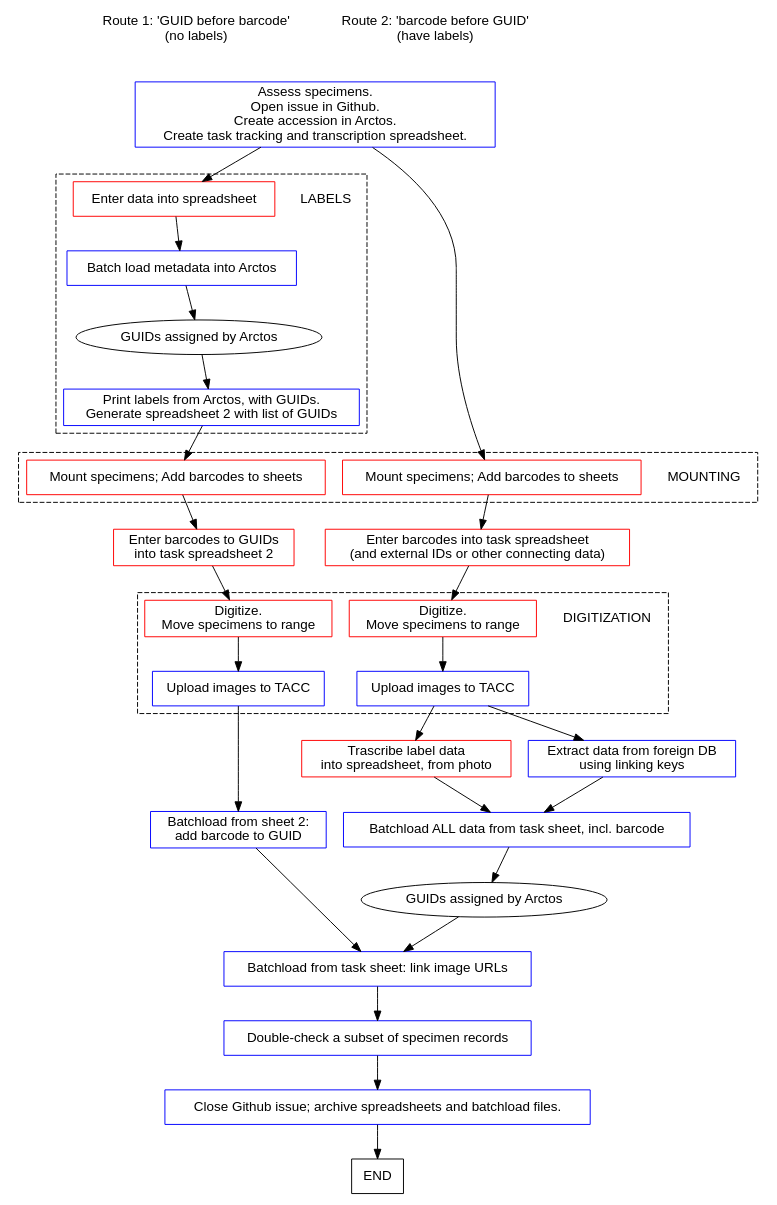
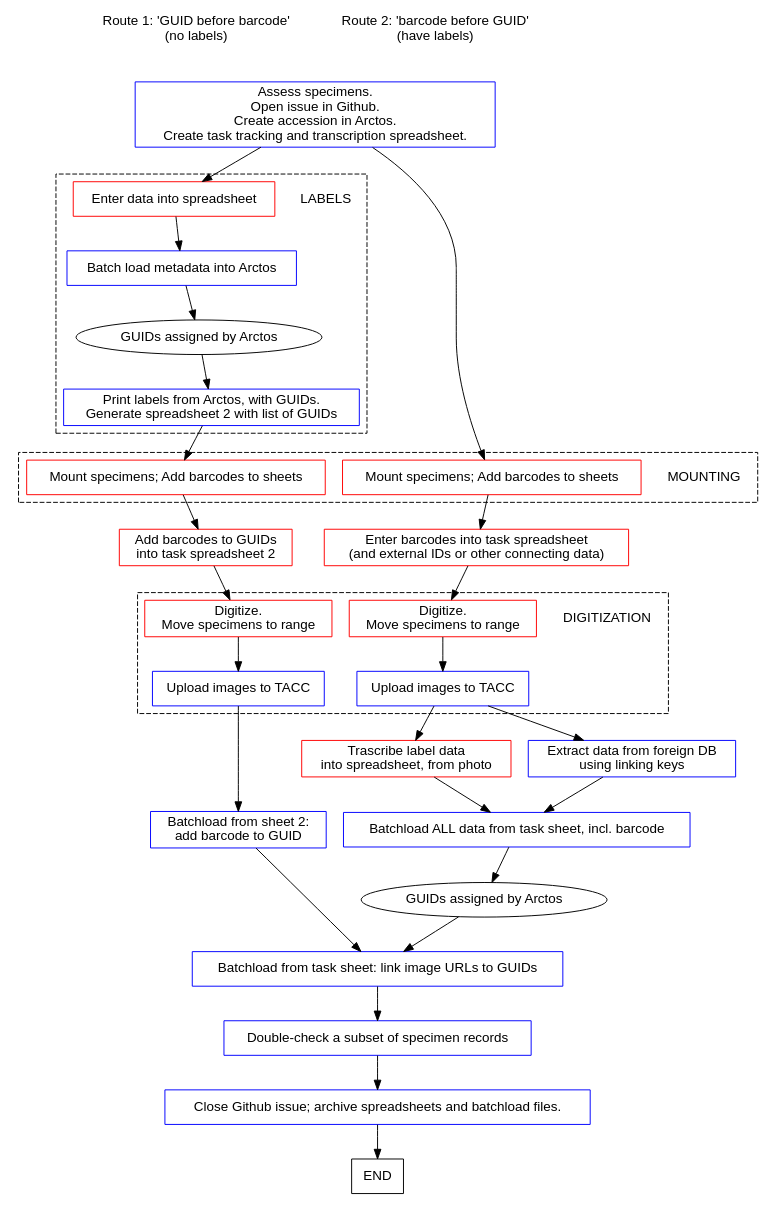
Before and after one commit to ALA-herbarium/documentation: the diagram in img/flow.dot, drawn with Graphviz. The commit also changed 1 other file, not shown here.

Commit message:
changes to flow sheet

```diff
--- a/img/flow.dot
+++ b/img/flow.dot
@@ -1,190 +1,190 @@
 digraph flow {
     node [fontname="Helvetica",shape=box];
     edge [fontname="Courier", len=1.5];
     overlap=false;
     //rankdir=BT;
     newrank=true;
     ranksep=0.5
     //
     // NODES
     //
     subgraph labels {
         rank=same
         r1 [label="Route 1: 'GUID before barcode'\n(no labels)",
             shape=plaintext]
         r2 [label="Route 2: 'barcode before GUID'\n(have labels)",
             shape=plaintext]
     }
     //
     subgraph clusterLABEL {
         style=dashed
         subgraph {
             rank=same
             LABELS [shape=plaintext]
             entry [label="Enter data into spreadsheet",
                    color=red]
         }
         entry2 [label="Batch load metadata into Arctos",
                 color=blue]
         guid1 [label="GUIDs assigned by Arctos",shape=oval]
         print [label="Print labels from Arctos, with GUIDs.\nGenerate spreadsheet 2 with list of GUIDs",
                color=blue]
     }
     guid2 [label="GUIDs assigned by Arctos",shape=oval]
     accn [label="Assess specimens.\nOpen issue in Github.\nCreate accession in Arctos.\nCreate task tracking and transcription spreadsheet.",color=blue]
     //
     //
     subgraph tl {
         rank=same
         trans [label="Trascribe label data\ninto spreadsheet, from photo",
                color=red] 
         link  [label="Extract data from foreign DB\nusing linking keys",
                color=blue]
         }
     //
     subgraph clusterbc {
         style=dashed
         rank=same
         bc1 [label="Mount specimens; Add barcodes to sheets",
              color=red]
         bc2 [label="Mount specimens; Add barcodes to sheets",
              color=red]
         bc2 -> MOUNTING [style=invis] // to force position
         MOUNTING [shape=plaintext]
 
     }
     subgraph table {
         rank=same
-        table1 [label="Enter barcodes to GUIDs\ninto task spreadsheet 2",
+        table1 [label="Add barcodes to GUIDs\ninto task spreadsheet 2",
                 color=red]
         table2 [label="Enter barcodes into task spreadsheet\n(and external IDs or other connecting data)",
                 color=red]
     }
     subgraph clusterdigit {        
         style=dashed
         subgraph photo {
             rank=same
             DIGITIZATION [shape=plaintext]
             photo1 [label="Digitize.\nMove specimens to range",color=red]
             photo2 [label="Digitize.\nMove specimens to range",color=red]
         }
         subgraph upload {
             rank=same
             upload1 [label="Upload images to TACC",color=blue]
             upload2 [label="Upload images to TACC",color=blue]
         }
     }
     subgraph batch {
         rank=same
         batch1 [label="Batchload from sheet 2:\nadd barcode to GUID",color=blue]
         batch2 [label="Batchload ALL data from task sheet, incl. barcode",
                 color=blue]
     }
-    linkp [label="Batchload from task sheet: link image URLs",
+    linkp [label="Batchload from task sheet: link image URLs to GUIDs",
            color=blue]
     dc [label="Double-check a subset of specimen records",color=blue]
     issue2 [label="Close Github issue; archive spreadsheets and batchload files.",color=blue]
     //
     // EDGES 1
     r1 -> accn [style=invis]
     accn -> entry
     entry -> entry2
     entry2 -> guid1
     guid1 -> print
     print -> bc1
     bc1 -> table1
     table1 -> photo1
     photo1 -> upload1
     upload1 -> batch1
     batch1 -> linkp
     //
     // EDGES 2
     r2 -> accn [style=invis]
     accn -> bc2
     bc2 -> table2
     table2 -> photo2
     photo2 -> upload2
     upload2 -> trans
     trans -> batch2
     upload2 -> link
     link -> batch2
     batch2 -> guid2
     guid2 -> linkp
     //
     // EDGES joint
     linkp -> dc -> issue2 -> END
 }
 //     //
 //     icms -> csv1 ;
 //     icms -> csv3 [dir=back];
 //     //
 //     subgraph icms1 {
 //         csv1 [label="ICMS export\nCSV [in 1]",color=green]
 //         csv3 [label="Arctos final CSVs\n('existing' and 'new')\n[in 4]",
 //         color=green]
 //     };
 //     //
 //     csv1 -> nacompare;
 //     csv1 -> spectracker ;
 //     nacompare -> notes1
 //     nacompare -> notes2 ;
 //     notes1 -> spectracker
 //     notes2 -> spectracker
 //     spectracker -> csv2 [dir=back]
 //     csv3 -> itis [dir=back];
 //     npscheck -> arctos [dir=back]
 //     npscheck -> edits2
 //     //
 //     subgraph ala1 {
 //         rank=same;
 //         nacompare [shape=diamond];
 //         itis [label="ITIS converter",shape=diamond];
 //     }
 //     //
 //     subgraph ala2 {
 //         rank=same;
 //         spectracker [label="Specimen tracker\nsheet\n[in Processing]",
 //                      color=red];
 //         npscheck [label="Sheet for\nNPS to check [in 2]",color=green];
 //         //invis1 [style=invis,label=""]
 //     }
 //     //
 //     subgraph ala3 {
 //         rank=same;
 //         notes1 [label="List of pre-existing\ndifferences",style=dashed];
 //         notes2 [label="Specimens missing\nin Arctos",style=dashed];
 //     }
 //     //
 //     subgraph ala4 {
 //         rank=same;
 //         edits1 [label="Edits,\none-by-one",shape=diamond];
 //         edits2 [label="Edits,\nbatch",shape=diamond];
 //     };
 //     //
     
 //     nacompare -> csv2 [dir=back];
 //     spectracker -> npscheck;
 //     npscheck -> spectracker
 //     spectracker -> edits1 [dir=both];
 //     spectracker -> edits2 [dir=both];
 //     itis -> csv4 [dir=back];
 //     //
 //     subgraph arctos1 {
 //         rank=same
 //         csv2 [label="Arctos initial CSV",color=lightblue]
 //         csv4 [label="Arctos\nfinal CSV",color=lightblue]
 //         csv5 [label="Arctos\nbatch CSV [in 3]",color=lightblue]
 //     };
 //     edits1 -> arctos ;
 //     edits2 -> csv5
 //     csv2 -> arctos  [dir=back];
 //     csv4 -> arctos  [dir=back];
 //     csv5 -> arctos
 //     //
 //     arctos [label="Arctos", shape=parallelogram, color=lightblue,
 //                 style=filled];
     
 // /*
 
 // */
 // }
```
